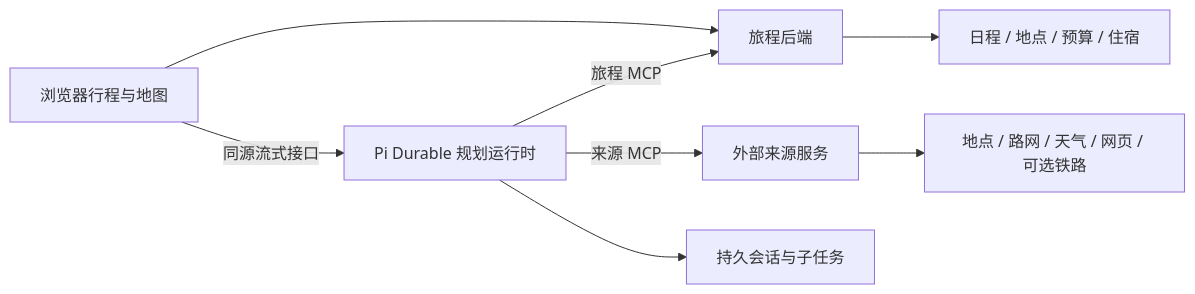
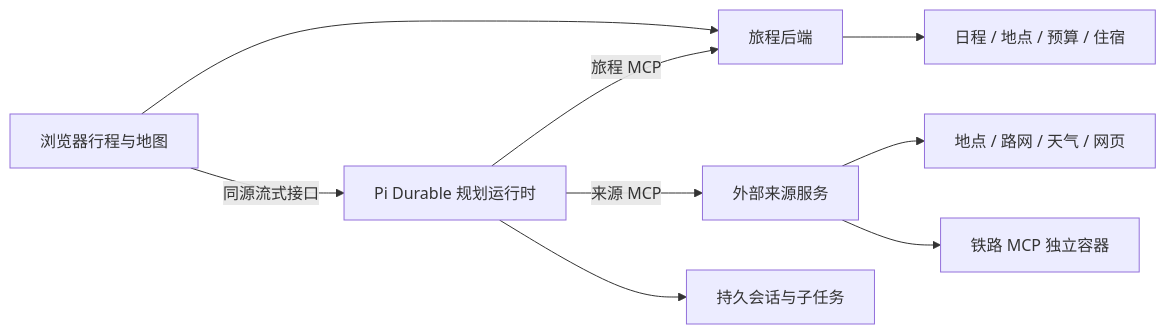
Before and after one commit to AntonyLang/roam-planner: the diagram in docs/architecture.md, drawn with Mermaid. The commit also changed other lines of this file and 79 other files, not shown here.

````diff
--- a/docs/architecture.md
+++ b/docs/architecture.md
@@ -3,10 +3,11 @@
 ```mermaid
 flowchart LR
   U[浏览器行程与地图] --> T[旅程后端]
   U -->|同源流式接口| A[Pi Durable 规划运行时]
   A -->|旅程 MCP| T
   A -->|来源 MCP| S[外部来源服务]
-  S --> P[地点 / 路网 / 天气 / 网页 / 可选铁路]
+  S --> P[地点 / 路网 / 天气 / 网页]
+  S --> R[铁路 MCP 独立容器]
   A --> C[持久会话与子任务]
   T --> D[日程 / 地点 / 预算 / 住宿]
 ```
````
